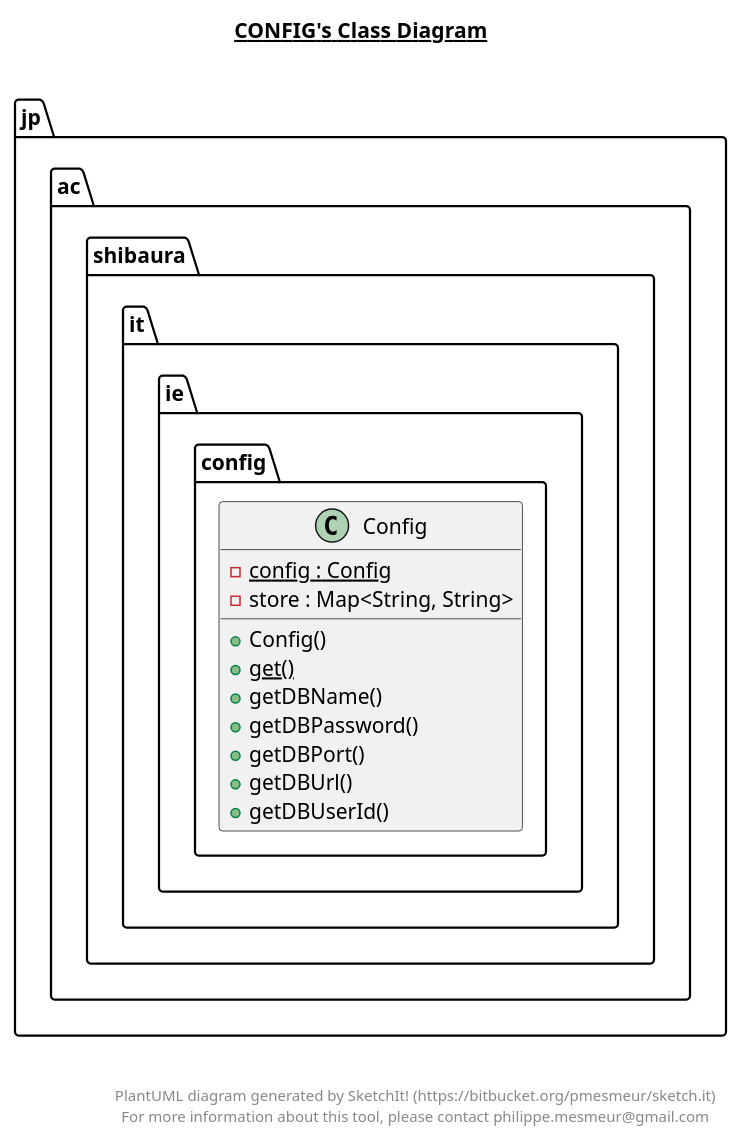
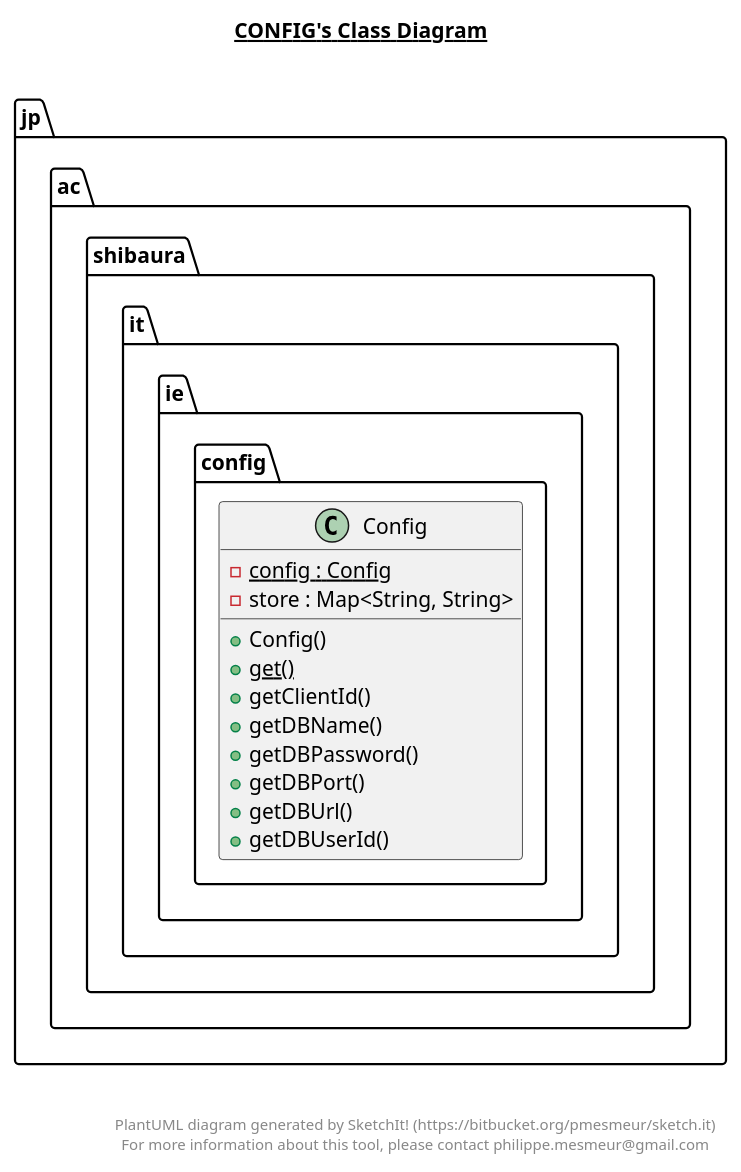
The diagram in target/classes/jp/ac/shibaura/it/ie/config/config.plantuml (THEToilet/chatAppServer), drawn with PlantUML before and after one commit. The commit also changed 52 other files, not shown here.

```diff
--- a/target/classes/jp/ac/shibaura/it/ie/config/config.plantuml
+++ b/target/classes/jp/ac/shibaura/it/ie/config/config.plantuml
@@ -1,31 +1,32 @@
 @startuml
 
 title __CONFIG's Class Diagram__\n
 
   namespace jp.ac.shibaura.it.ie {
     namespace config {
       class jp.ac.shibaura.it.ie.config.Config {
           {static} - config : Config
           - store : Map<String, String>
           + Config()
           {static} + get()
+          + getClientId()
           + getDBName()
           + getDBPassword()
           + getDBPort()
           + getDBUrl()
           + getDBUserId()
       }
     }
   }
   
 
 
 
 right footer
 
 
 PlantUML diagram generated by SketchIt! (https://bitbucket.org/pmesmeur/sketch.it)
 For more information about this tool, please contact philippe.mesmeur@gmail.com
 endfooter
 
 @enduml
```
